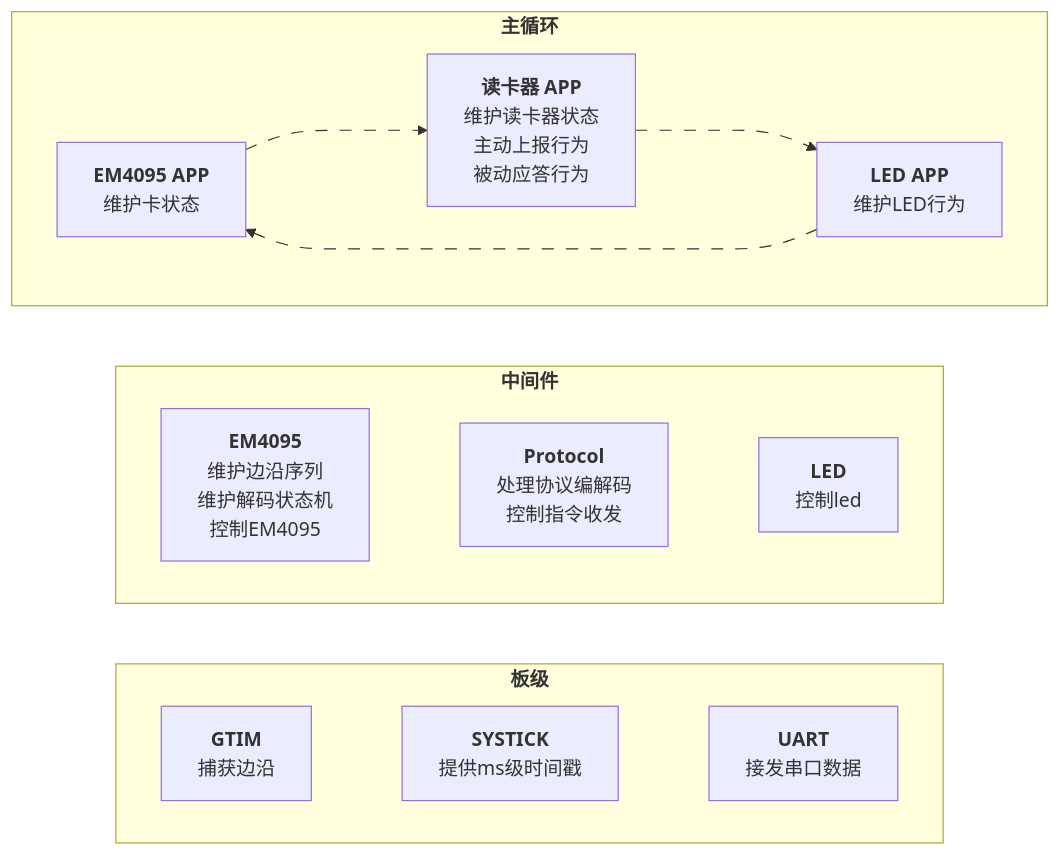
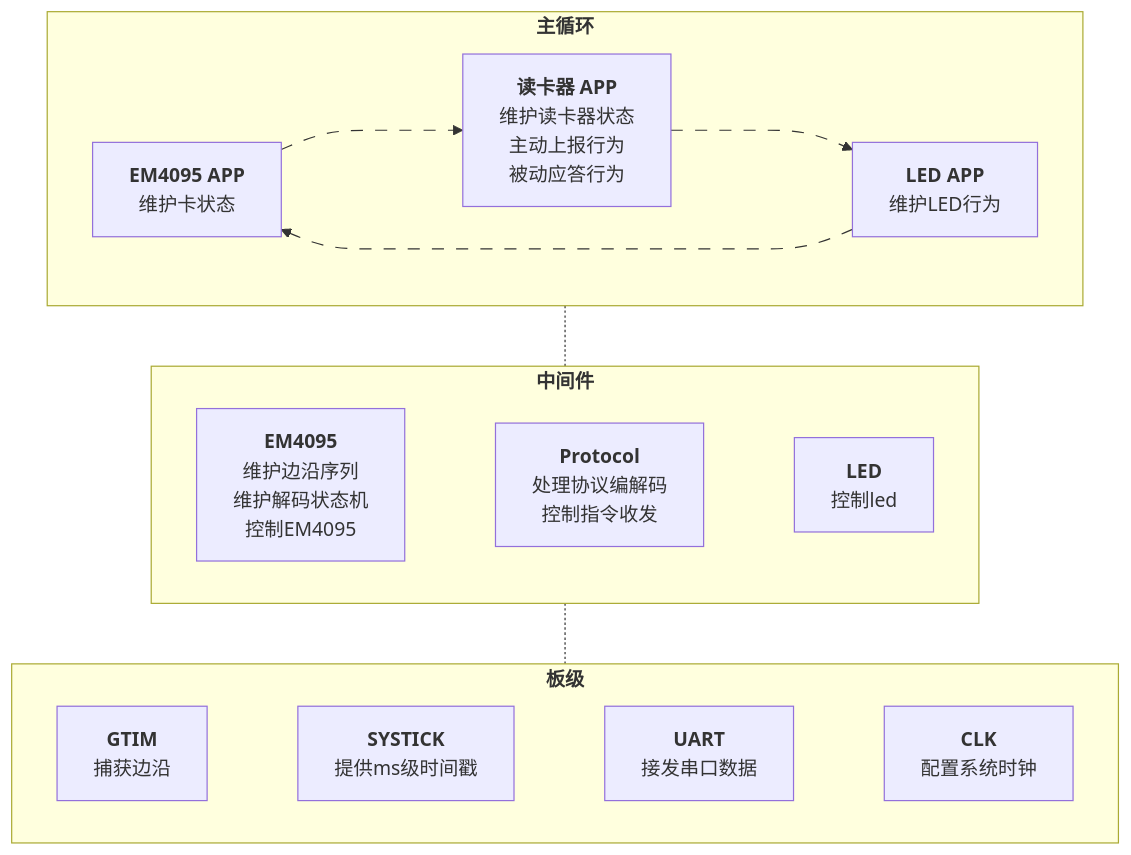
One commit to Siaiai/ObsidianNote changed the sixth of 6 diagrams in 工作/[[SR3读卡器]]/260804SR3框架整理.md. Above: the diagram before and after it, drawn with Mermaid. The commit also changed other lines of this file and 1 other file, not shown here.

Commit message:
[自动]笔记同步:2026-08-05 13:07:25 涉及文件个数:2
Affected files:
.obsidian/workspace.json
工作/[[SR3读卡器]]/260804SR3框架整理.md

````diff
--- a/工作/[[SR3读卡器]]/260804SR3框架整理.md
+++ b/工作/[[SR3读卡器]]/260804SR3框架整理.md
@@ -257,54 +257,58 @@
 ```mermaid
 flowchart TB
 	subgraph MAIN["`**主循环**`"]
 		direction LR
 		APP_EM4095["`**EM4095 APP** 
 		维护卡状态`"]
 		APP_READER["`**读卡器 APP**
 		维护读卡器状态
 		主动上报行为
 		被动应答行为`"]
 		APP_LED["`**LED APP**
 		维护LED行为`"]
 		
 		APP_EM4095 e1@---> APP_READER
 		APP_READER e2@---> APP_LED
 		APP_LED e3@---> APP_EM4095
 		
 		classDef animate stroke-dasharray: 10,5,stroke-dashoffset: 5000,animation: dash 25s linear infinite; 
 		class e1 animate
 		class e2 animate
 		class e3 animate
 	end
 	subgraph MID["`**中间件**`"]
 		direction LR
 		MID_EM4095["`**EM4095** 
 		维护边沿序列
 		维护解码状态机
 		控制EM4095`"]
 		MID_READER["`**Protocol**
 		处理协议编解码
 		控制指令收发`"]
 		MID_LED["`**LED**
 		控制led`"]
 		
 		MID_EM4095 ~~~ MID_READER
 		MID_READER ~~~ MID_LED
 	end
 	subgraph BSP["`**板级**`"]
 		direction LR
 		BSP_GTIM["`**GTIM**
 		捕获边沿
 		`"]
+		BSP_CLK["`**CLK**
+		配置系统时钟
+		`"]
 		BSP_SYSTICK["`**SYSTICK**
 		提供ms级时间戳
 		`"]
 		BSP_UART["`**UART**
 		接发串口数据
 		`"]
 		BSP_GTIM ~~~ BSP_SYSTICK
 		BSP_SYSTICK ~~~ BSP_UART
+		BSP_UART ~~~ BSP_CLK
 	end
-	MAIN ~~~ MID
-	MID ~~~BSP
+	MAIN -.- MID
+	MID -.- BSP
 ```
````
